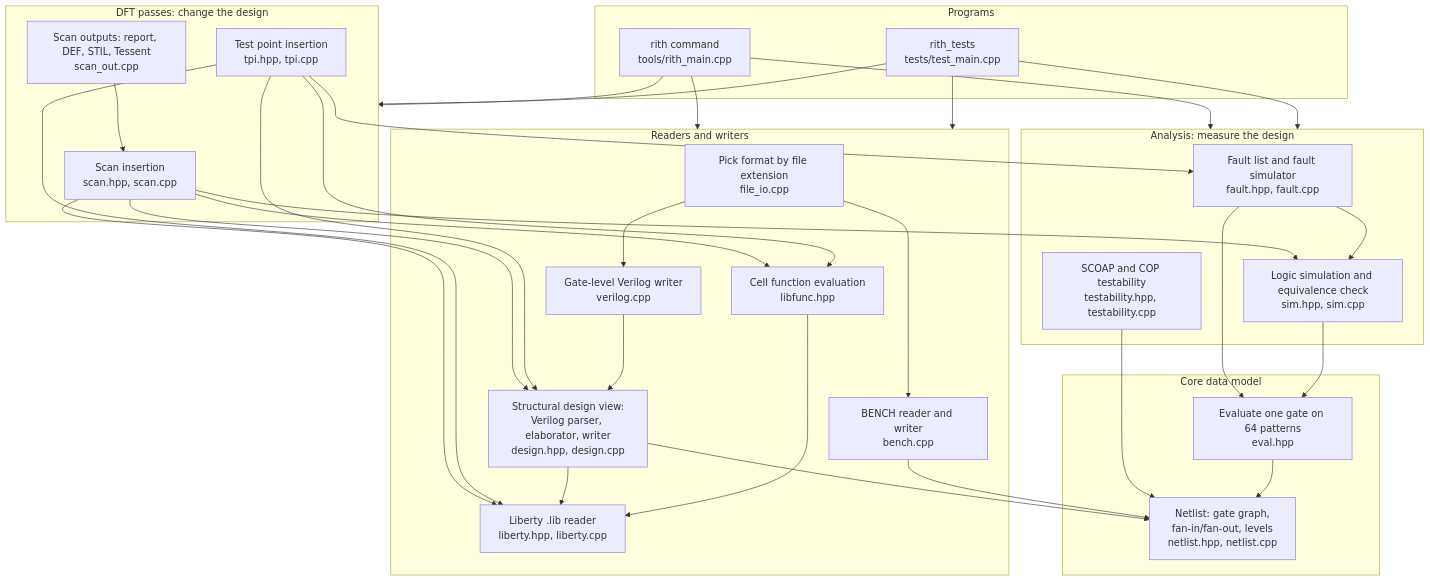
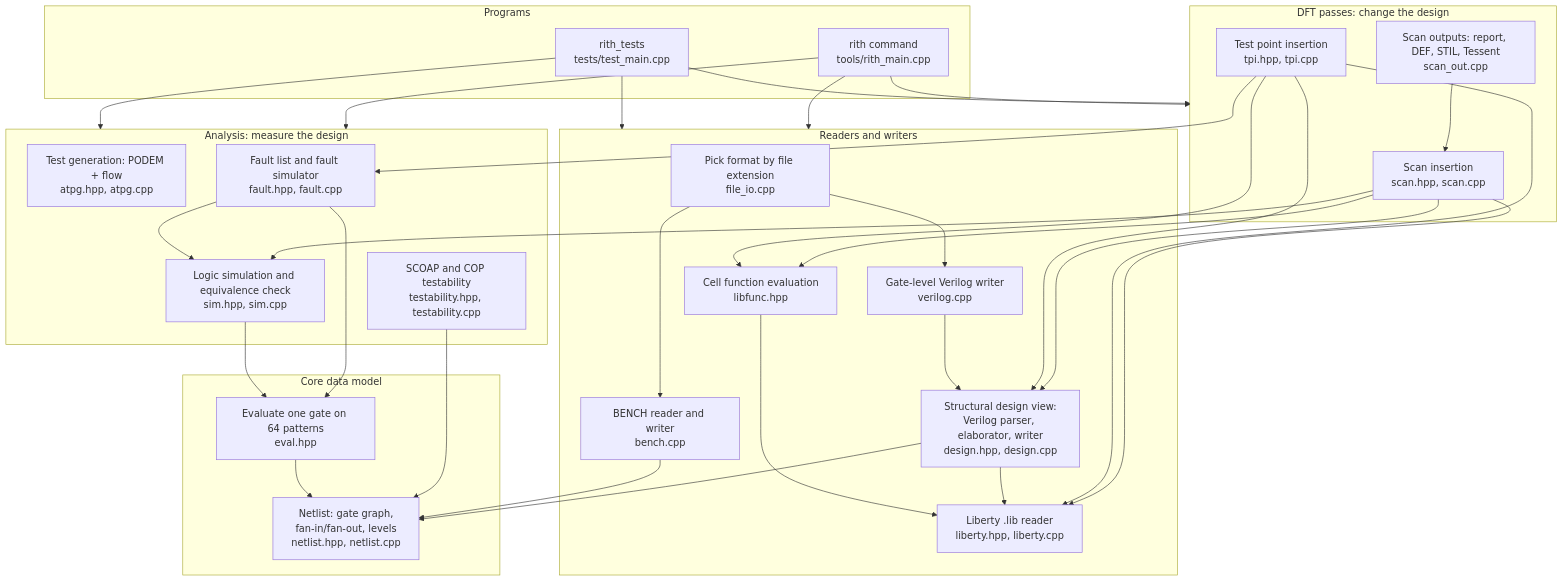
The first of 10 diagrams in docs/architecture.md (rithlean/rithereal), drawn with Mermaid before and after one commit. The commit also changed other lines of this file and 4 other files, not shown here.

First line of the commit message:
docs: ATPG module page, and ATPG in the architecture, CLI and test pages

````diff
--- a/docs/architecture.md
+++ b/docs/architecture.md
@@ -16,49 +16,50 @@
 ```mermaid
 flowchart TB
   subgraph APP["Programs"]
     CLI["rith command<br/>tools/rith_main.cpp"]
     TESTS["rith_tests<br/>tests/test_main.cpp"]
   end
 
   subgraph DFT["DFT passes: change the design"]
     SCAN["Scan insertion<br/>scan.hpp, scan.cpp"]
     SCANOUT["Scan outputs: report, DEF, STIL, Tessent<br/>scan_out.cpp"]
     TPI["Test point insertion<br/>tpi.hpp, tpi.cpp"]
   end
 
   subgraph ANALYSIS["Analysis: measure the design"]
+    ATPG["Test generation: PODEM + flow<br/>atpg.hpp, atpg.cpp"]
     FAULT["Fault list and fault simulator<br/>fault.hpp, fault.cpp"]
     TEST["SCOAP and COP testability<br/>testability.hpp, testability.cpp"]
     SIM["Logic simulation and equivalence check<br/>sim.hpp, sim.cpp"]
   end
 
   subgraph IO["Readers and writers"]
     FILEIO["Pick format by file extension<br/>file_io.cpp"]
     BENCH["BENCH reader and writer<br/>bench.cpp"]
     VLOG["Gate-level Verilog writer<br/>verilog.cpp"]
     DESIGN["Structural design view:<br/>Verilog parser, elaborator, writer<br/>design.hpp, design.cpp"]
     LIB["Liberty .lib reader<br/>liberty.hpp, liberty.cpp"]
     LIBFUNC["Cell function evaluation<br/>libfunc.hpp"]
   end
 
   subgraph CORE["Core data model"]
     NET["Netlist: gate graph,<br/>fan-in/fan-out, levels<br/>netlist.hpp, netlist.cpp"]
     EVAL["Evaluate one gate on 64 patterns<br/>eval.hpp"]
   end
 
   CLI --> DFT & ANALYSIS & IO
   TESTS --> DFT & ANALYSIS & IO
 
   SCAN --> DESIGN & LIB & LIBFUNC & SIM
   SCANOUT --> SCAN
   TPI --> FAULT & DESIGN & LIB & LIBFUNC
   FAULT --> SIM & EVAL
   TEST --> NET
   SIM --> EVAL
   FILEIO --> BENCH & VLOG
   VLOG --> DESIGN
   DESIGN --> LIB & NET
   LIBFUNC --> LIB
   BENCH --> NET
   EVAL --> NET
 ```
````
